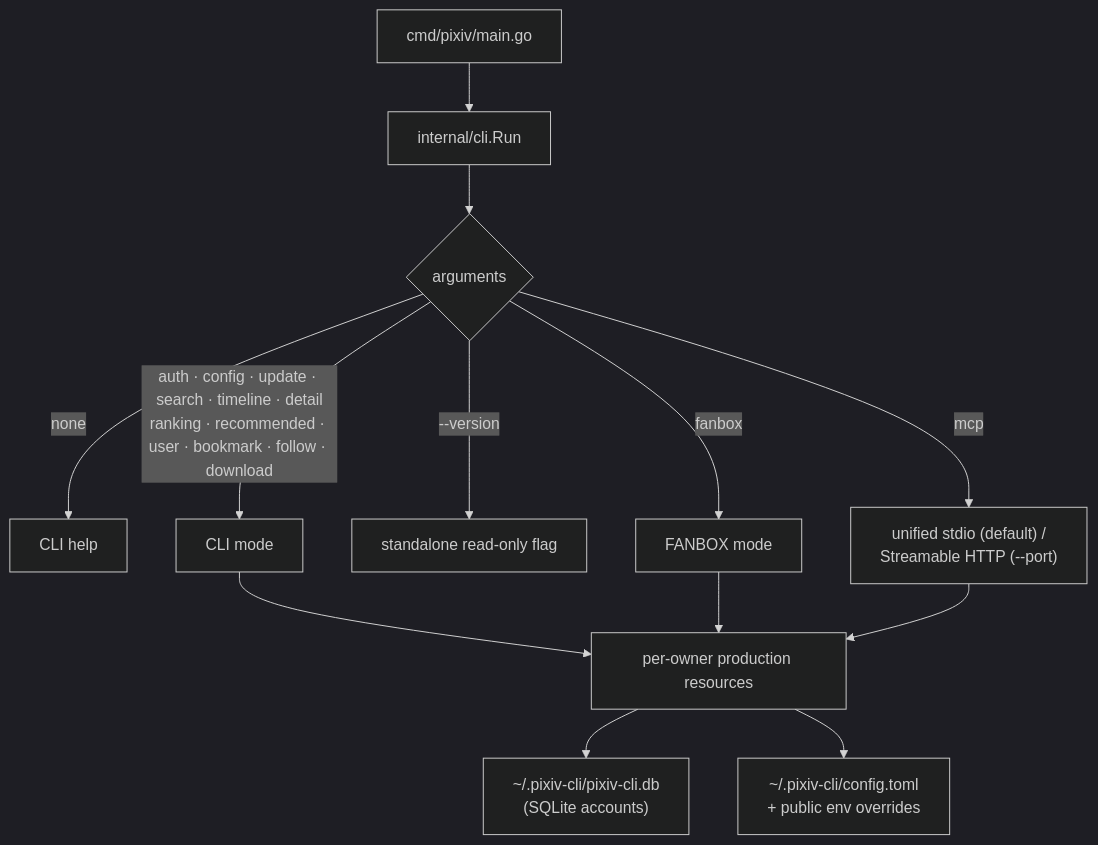
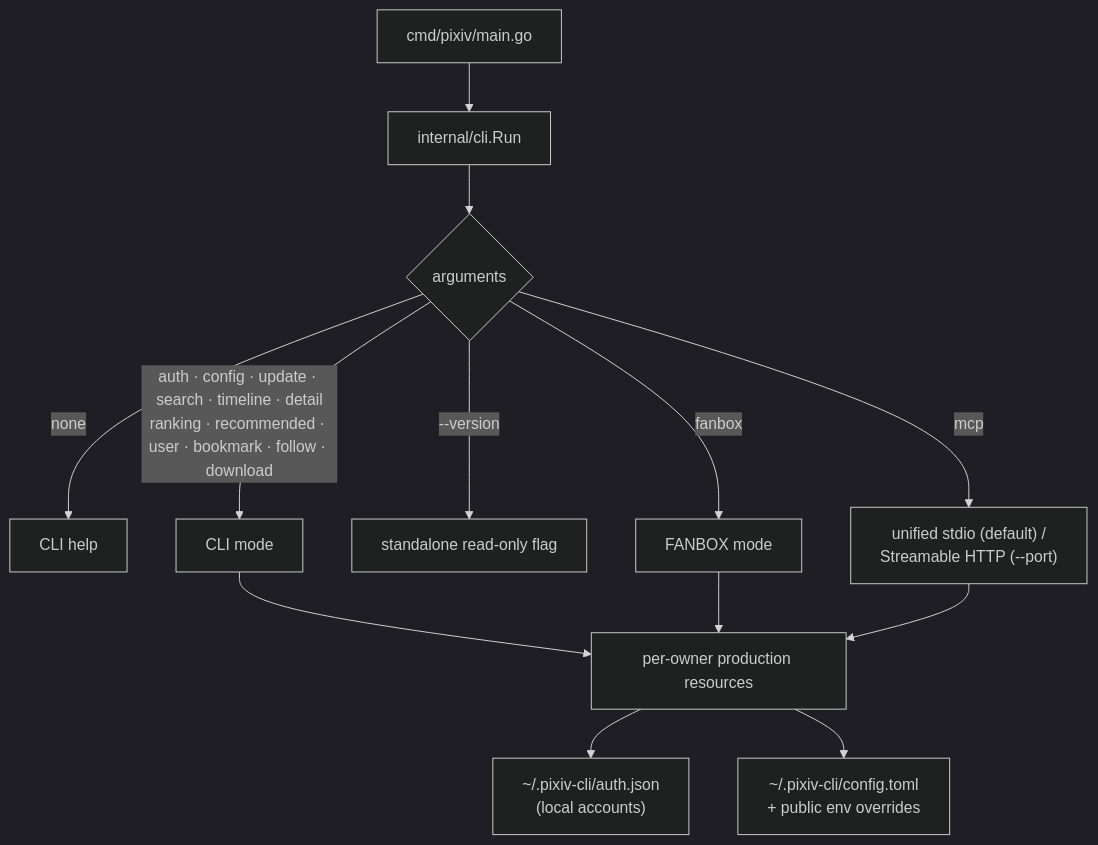
The second of 5 diagrams in docs/en/maintainers/architecture.md (FlanChanXwO/pixiv-cli), drawn with Mermaid (dark theme) before and after one commit. The commit also changed other lines of this file and 91 other files, not shown here.

First line of the commit message:
feat(account): move local accounts to auth.json (S04) (#276)

````diff
--- a/docs/en/maintainers/architecture.md
+++ b/docs/en/maintainers/architecture.md
@@ -38,13 +38,13 @@
 ```mermaid
 flowchart TD
     M["cmd/pixiv/main.go"] --> R["internal/cli.Run"]
     R --> H{"arguments"}
     H -->|none| HELP["CLI help"]
     H -->|"auth · config · update · search · timeline · detail<br/>ranking · recommended · user · bookmark · follow · download"| CMD["CLI mode"]
     H -->|"--version"| V["standalone read-only flag"]
     H -->|fanbox| FB["FANBOX mode"]
     H -->|mcp| MCP["unified stdio (default) /<br/>Streamable HTTP (--port)"]
     CMD & FB & MCP --> RES["per-owner production resources"]
-    RES --> DB["~/.pixiv-cli/pixiv-cli.db<br/>(SQLite accounts)"]
+    RES --> DB["~/.pixiv-cli/auth.json<br/>(local accounts)"]
     RES --> CFG["~/.pixiv-cli/config.toml<br/>+ public env overrides"]
 ```
````
